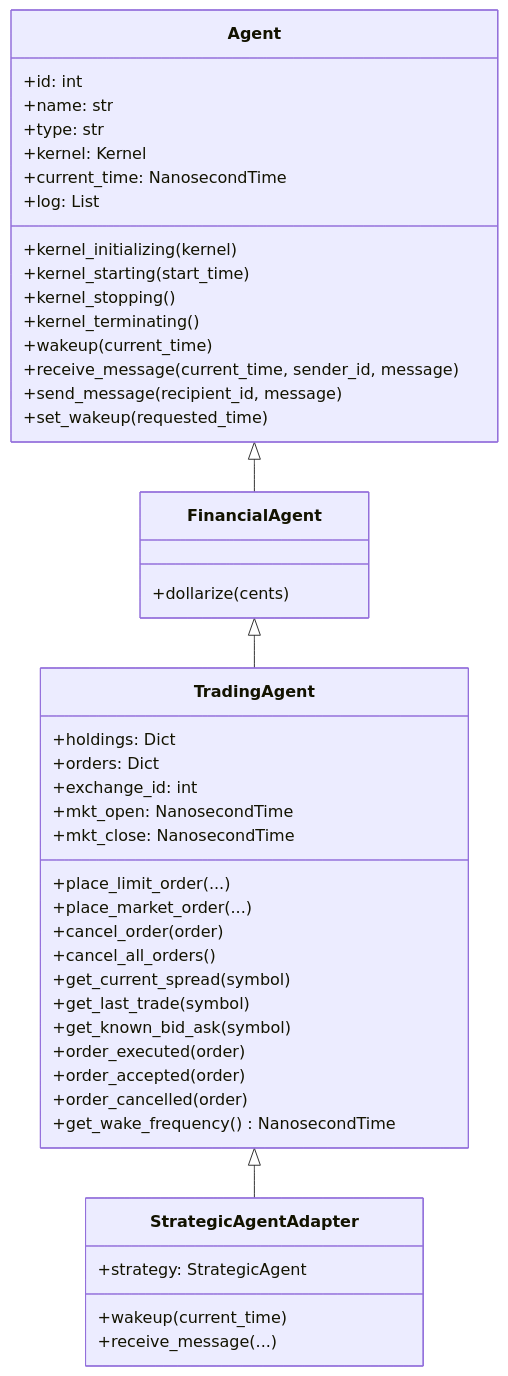
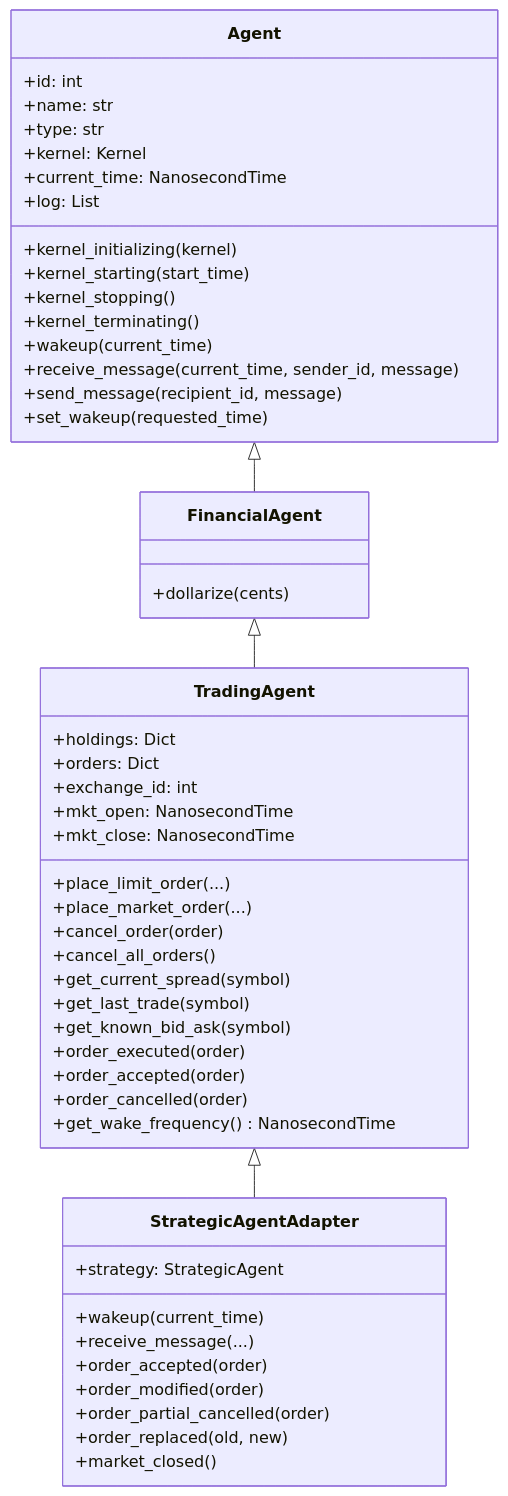
Before and after one commit to GabrieleDiCorato/rohan: the second of 3 diagrams in docs/development/ABIDES_CUSTOM_AGENT_IMPLEMENTATION_GUIDE.md, drawn with Mermaid. The commit also changed other lines of this file and 8 other files, not shown here.

````diff
--- a/docs/development/ABIDES_CUSTOM_AGENT_IMPLEMENTATION_GUIDE.md
+++ b/docs/development/ABIDES_CUSTOM_AGENT_IMPLEMENTATION_GUIDE.md
@@ -90,52 +90,57 @@
 ```mermaid
 classDiagram
     class Agent {
         +id: int
         +name: str
         +type: str
         +kernel: Kernel
         +current_time: NanosecondTime
         +log: List
         +kernel_initializing(kernel)
         +kernel_starting(start_time)
         +kernel_stopping()
         +kernel_terminating()
         +wakeup(current_time)
         +receive_message(current_time, sender_id, message)
         +send_message(recipient_id, message)
         +set_wakeup(requested_time)
     }
 
     class FinancialAgent {
         +dollarize(cents)
     }
 
     class TradingAgent {
         +holdings: Dict
         +orders: Dict
         +exchange_id: int
         +mkt_open: NanosecondTime
         +mkt_close: NanosecondTime
         +place_limit_order(...)
         +place_market_order(...)
         +cancel_order(order)
         +cancel_all_orders()
         +get_current_spread(symbol)
         +get_last_trade(symbol)
         +get_known_bid_ask(symbol)
         +order_executed(order)
         +order_accepted(order)
         +order_cancelled(order)
         +get_wake_frequency() NanosecondTime
     }
 
     class StrategicAgentAdapter {
         +strategy: StrategicAgent
         +wakeup(current_time)
         +receive_message(...)
+        +order_accepted(order)
+        +order_modified(order)
+        +order_partial_cancelled(order)
+        +order_replaced(old, new)
+        +market_closed()
     }
 
     Agent <|-- FinancialAgent
     FinancialAgent <|-- TradingAgent
     TradingAgent <|-- StrategicAgentAdapter
 ```
````
